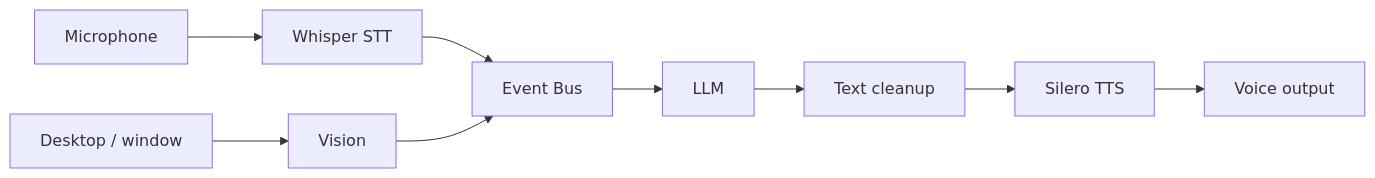
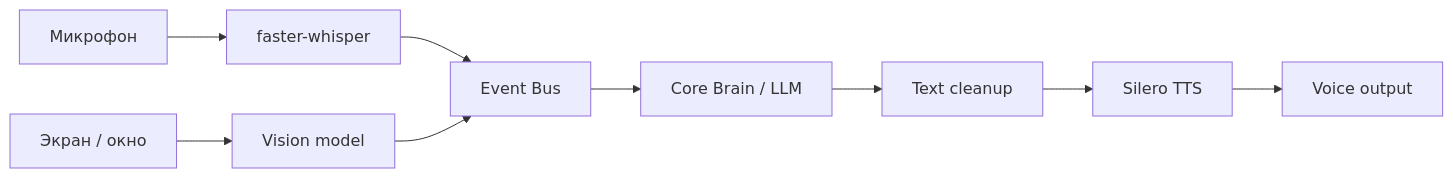
The fourth of 6 diagrams in README.md (Agro4221/Vexa), drawn with Mermaid before and after one commit. The commit also changed other lines of this file, not shown here.

```diff
--- a/README.md
+++ b/README.md
@@ -134,12 +168,12 @@
 ~~~mermaid
 flowchart LR
-    MIC["Microphone"] --> STT["Whisper STT"]
-    STT --> E["Event Bus"]
-    E --> L["LLM"]
-    L --> CLEAN["Text cleanup"]
+    MIC["Микрофон"] --> STT["faster-whisper"]
+    STT --> BUS["Event Bus"]
+    BUS --> BRAIN["Core Brain / LLM"]
+    BRAIN --> CLEAN["Text cleanup"]
     CLEAN --> TTS["Silero TTS"]
-    TTS --> OUT["Voice output"]
+    TTS --> VOICE["Voice output"]
 
-    SCREEN["Desktop / window"] --> V["Vision"]
-    V --> E
+    SCREEN["Экран / окно"] --> VISION["Vision model"]
+    VISION --> BUS
 ~~~
```
